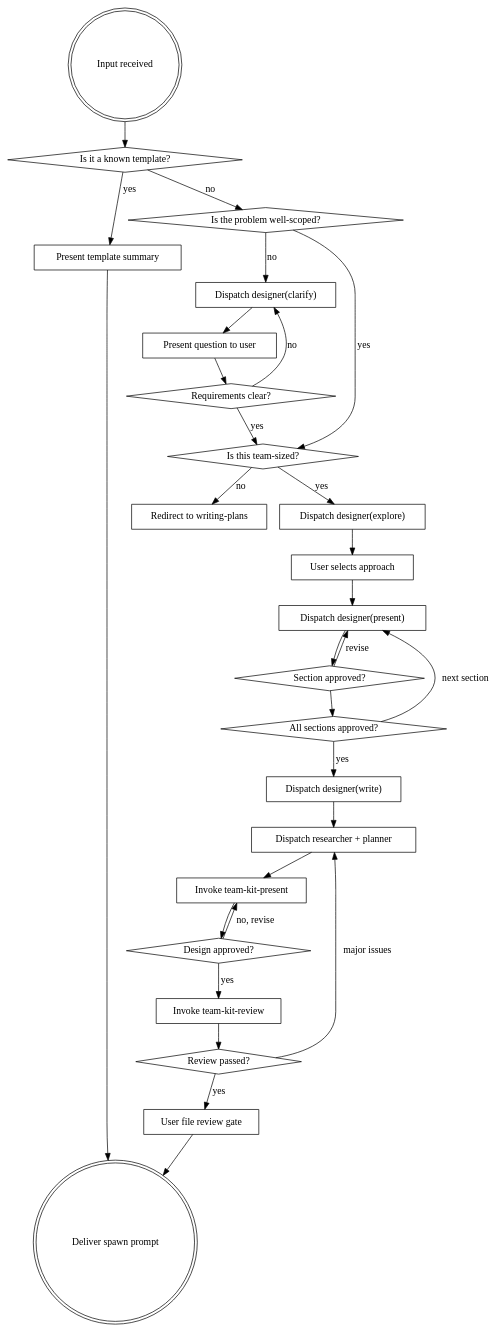
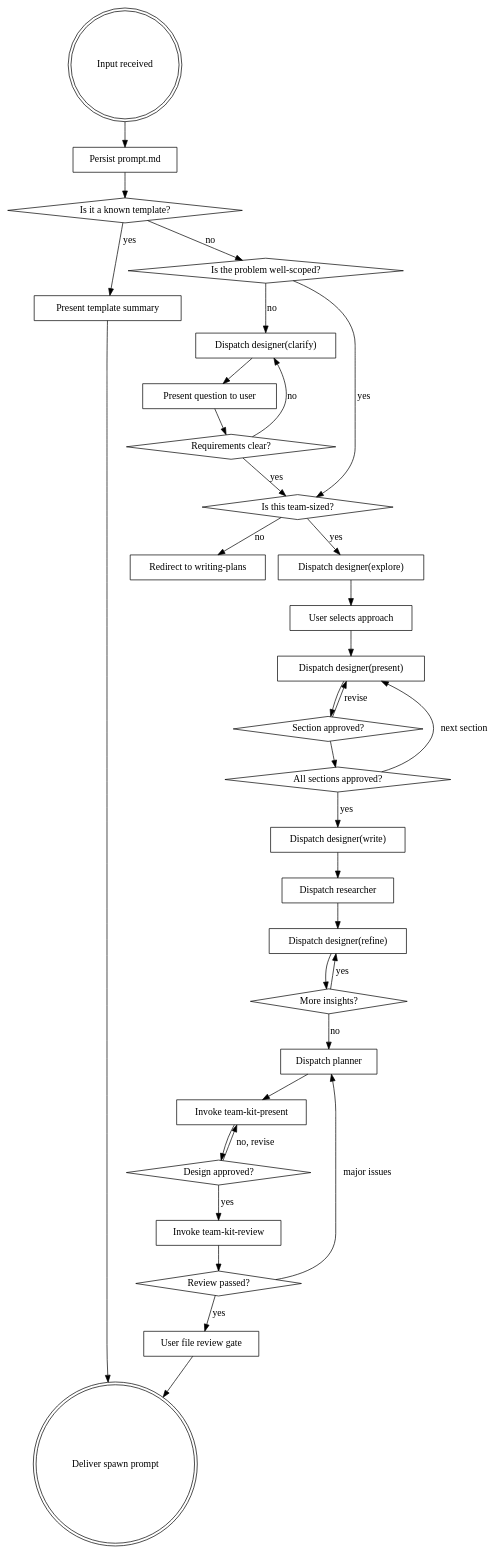
One commit to samelie/claude-plugin-pnpm changed the diagram in skills/team-kit-create/SKILL.md. Above: the diagram before and after it, drawn with Graphviz. The commit also changed other lines of this file and 6 other files, not shown here.

````diff
--- a/skills/team-kit-create/SKILL.md
+++ b/skills/team-kit-create/SKILL.md
@@ -50,55 +50,64 @@
 ```dot
 digraph team_kit_create {
   "Input received" [shape=doublecircle];
+  "Persist prompt.md" [shape=box];
   "Is it a known template?" [shape=diamond];
   "Present template summary" [shape=box];
   "Is the problem well-scoped?" [shape=diamond];
   "Dispatch designer(clarify)" [shape=box];
   "Present question to user" [shape=box];
   "Requirements clear?" [shape=diamond];
   "Is this team-sized?" [shape=diamond];
   "Redirect to writing-plans" [shape=box];
   "Dispatch designer(explore)" [shape=box];
   "User selects approach" [shape=box];
   "Dispatch designer(present)" [shape=box];
   "Section approved?" [shape=diamond];
   "All sections approved?" [shape=diamond];
   "Dispatch designer(write)" [shape=box];
-  "Dispatch researcher + planner" [shape=box];
+  "Dispatch researcher" [shape=box];
+  "Dispatch designer(refine)" [shape=box];
+  "More insights?" [shape=diamond];
+  "Dispatch planner" [shape=box];
   "Invoke team-kit-present" [shape=box];
   "Design approved?" [shape=diamond];
   "Invoke team-kit-review" [shape=box];
   "Review passed?" [shape=diamond];
   "User file review gate" [shape=box];
   "Deliver spawn prompt" [shape=doublecircle];
 
-  "Input received" -> "Is it a known template?";
+  "Input received" -> "Persist prompt.md";
+  "Persist prompt.md" -> "Is it a known template?";
   "Is it a known template?" -> "Present template summary" [label="yes"];
   "Present template summary" -> "Deliver spawn prompt";
   "Is it a known template?" -> "Is the problem well-scoped?" [label="no"];
   "Is the problem well-scoped?" -> "Dispatch designer(clarify)" [label="no"];
   "Dispatch designer(clarify)" -> "Present question to user";
   "Present question to user" -> "Requirements clear?";
   "Requirements clear?" -> "Dispatch designer(clarify)" [label="no"];
   "Requirements clear?" -> "Is this team-sized?" [label="yes"];
   "Is the problem well-scoped?" -> "Is this team-sized?" [label="yes"];
   "Is this team-sized?" -> "Redirect to writing-plans" [label="no"];
   "Is this team-sized?" -> "Dispatch designer(explore)" [label="yes"];
   "Dispatch designer(explore)" -> "User selects approach";
   "User selects approach" -> "Dispatch designer(present)";
   "Dispatch designer(present)" -> "Section approved?";
   "Section approved?" -> "Dispatch designer(present)" [label="revise"];
   "Section approved?" -> "All sections approved?";
   "All sections approved?" -> "Dispatch designer(present)" [label="next section"];
   "All sections approved?" -> "Dispatch designer(write)" [label="yes"];
-  "Dispatch designer(write)" -> "Dispatch researcher + planner";
-  "Dispatch researcher + planner" -> "Invoke team-kit-present";
+  "Dispatch designer(write)" -> "Dispatch researcher";
+  "Dispatch researcher" -> "Dispatch designer(refine)";
+  "Dispatch designer(refine)" -> "More insights?";
+  "More insights?" -> "Dispatch designer(refine)" [label="yes"];
+  "More insights?" -> "Dispatch planner" [label="no"];
+  "Dispatch planner" -> "Invoke team-kit-present";
   "Invoke team-kit-present" -> "Design approved?";
   "Design approved?" -> "Invoke team-kit-present" [label="no, revise"];
   "Design approved?" -> "Invoke team-kit-review" [label="yes"];
   "Invoke team-kit-review" -> "Review passed?";
-  "Review passed?" -> "Dispatch researcher + planner" [label="major issues"];
+  "Review passed?" -> "Dispatch planner" [label="major issues"];
   "Review passed?" -> "User file review gate" [label="yes"];
   "User file review gate" -> "Deliver spawn prompt";
 }
 ```
````
